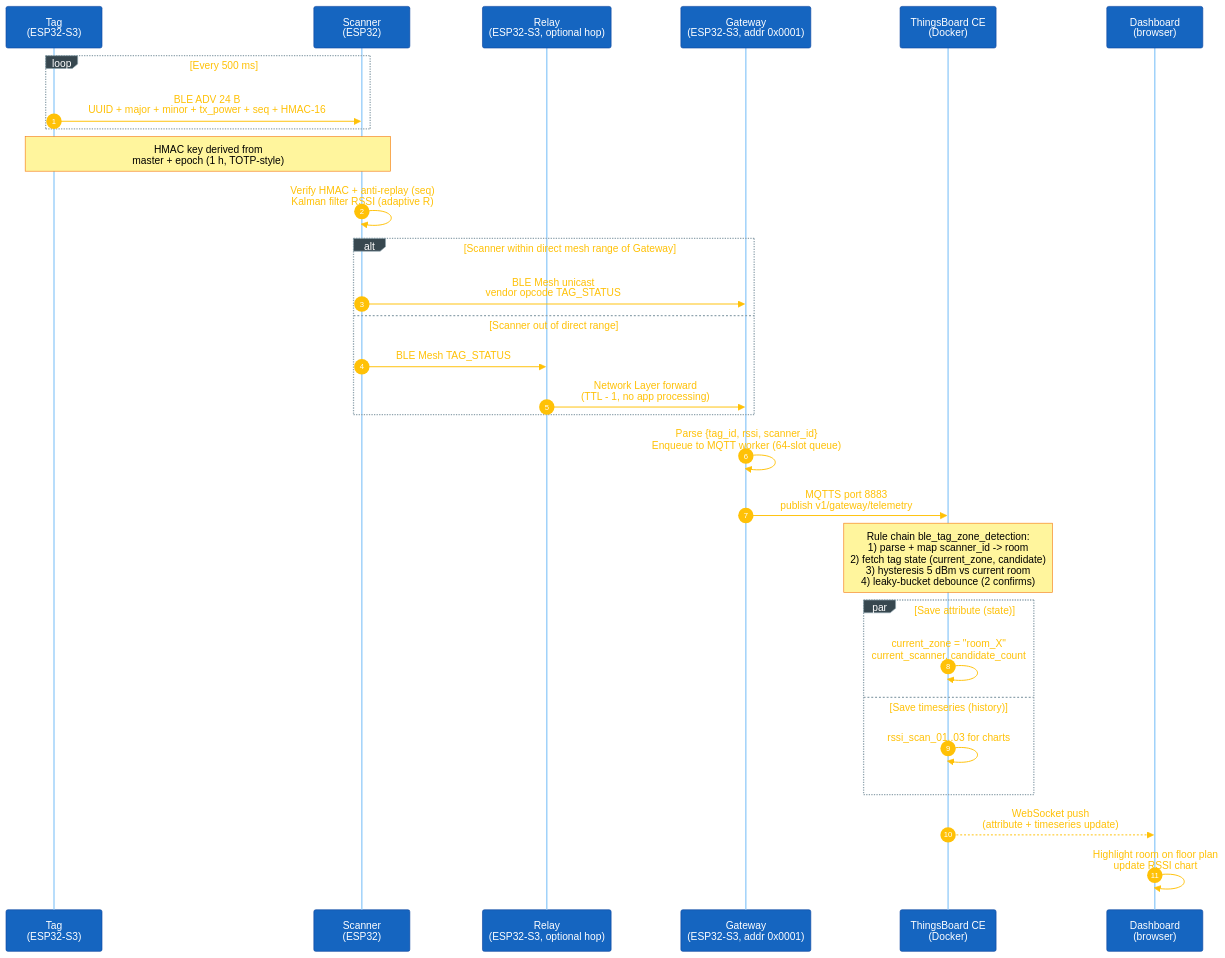
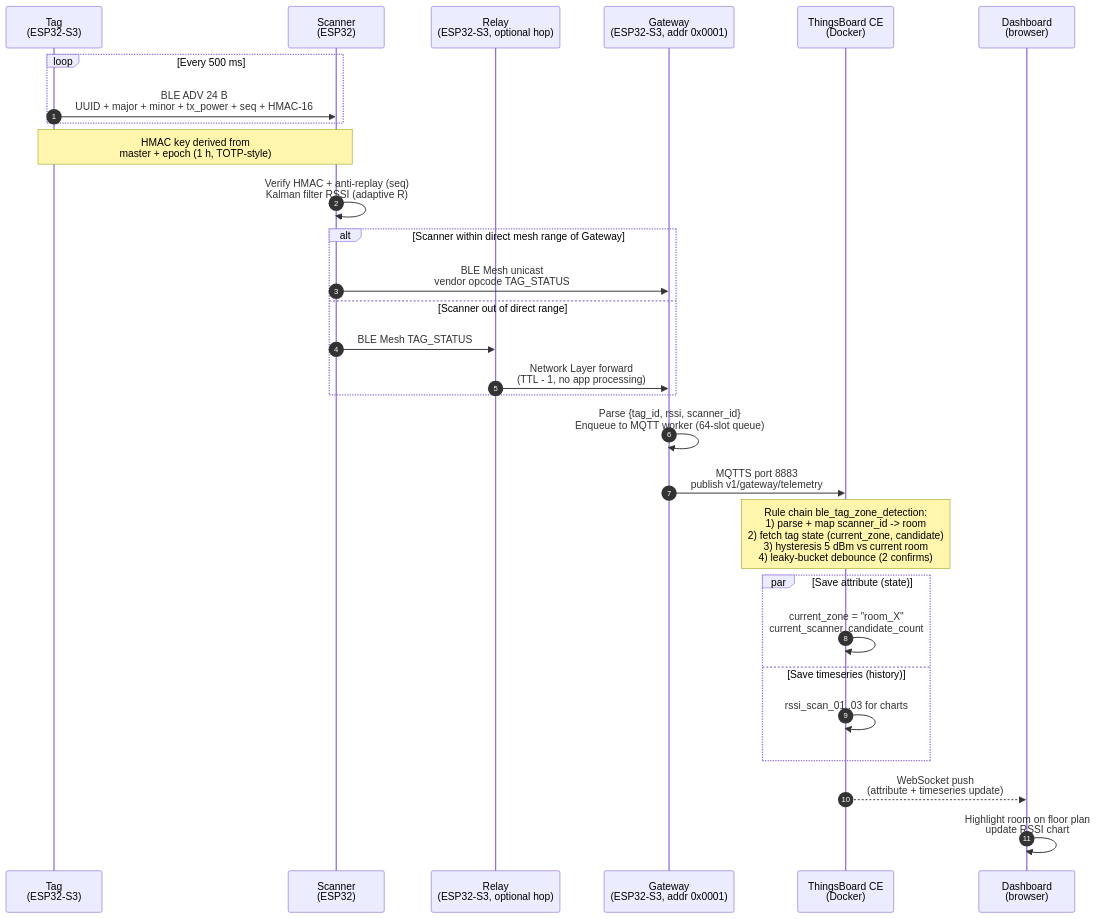
The diagram in README.md (caotrongphuoc/ble-mesh-tracking), drawn with Mermaid before and after one commit.

Commit message:
[DOCS] drop custom mermaid theme in README (use default)

````diff
--- a/README.md
+++ b/README.md
@@ -62,39 +62,38 @@
 ```mermaid
-%%{init: {'theme':'base','themeVariables':{'fontSize':'18px','primaryColor':'#1565c0','primaryTextColor':'#ffffff','primaryBorderColor':'#0d47a1','lineColor':'#90a4ae','signalColor':'#ffc107','signalTextColor':'#ffc107','actorBkg':'#1565c0','actorBorder':'#0d47a1','actorTextColor':'#ffffff','actorLineColor':'#90caf9','noteBkgColor':'#fff59d','noteTextColor':'#000000','noteBorderColor':'#f57f17','activationBkgColor':'#66bb6a','activationBorderColor':'#2e7d32','sequenceNumberColor':'#ffffff','loopTextColor':'#ffc107','labelBoxBkgColor':'#37474f','labelBoxBorderColor':'#90a4ae','labelTextColor':'#ffffff'},'sequence':{'actorMargin':90,'messageFontSize':16,'noteFontSize':14,'actorFontSize':16,'boxMargin':12,'boxTextMargin':6,'noteMargin':10,'useMaxWidth':true}}}%%
 sequenceDiagram
     autonumber
     participant T as Tag<br/>(ESP32-S3)
     participant S as Scanner<br/>(ESP32)
     participant R as Relay<br/>(ESP32-S3, optional hop)
     participant G as Gateway<br/>(ESP32-S3, addr 0x0001)
     participant TB as ThingsBoard CE<br/>(Docker)
     participant D as Dashboard<br/>(browser)
 
     loop Every 500 ms
         T->>S: BLE ADV 24 B<br/>UUID + major + minor + tx_power + seq + HMAC-16
     end
     Note over T,S: HMAC key derived from<br/>master + epoch (1 h, TOTP-style)
 
     S->>S: Verify HMAC + anti-replay (seq)<br/>Kalman filter RSSI (adaptive R)
 
     alt Scanner within direct mesh range of Gateway
         S->>G: BLE Mesh unicast<br/>vendor opcode TAG_STATUS
     else Scanner out of direct range
         S->>R: BLE Mesh TAG_STATUS
         R->>G: Network Layer forward<br/>(TTL - 1, no app processing)
     end
 
     G->>G: Parse {tag_id, rssi, scanner_id}<br/>Enqueue to MQTT worker (64-slot queue)
     G->>TB: MQTTS port 8883<br/>publish v1/gateway/telemetry
 
     Note over TB: Rule chain ble_tag_zone_detection:<br/>1) parse + map scanner_id -> room<br/>2) fetch tag state (current_zone, candidate)<br/>3) hysteresis 5 dBm vs current room<br/>4) leaky-bucket debounce (2 confirms)
 
     par Save attribute (state)
         TB->>TB: current_zone = "room_X"<br/>current_scanner, candidate_count
     and Save timeseries (history)
         TB->>TB: rssi_scan_01..03 for charts
     end
 
     TB-->>D: WebSocket push<br/>(attribute + timeseries update)
     D->>D: Highlight room on floor plan<br/>update RSSI chart
 ```
````
